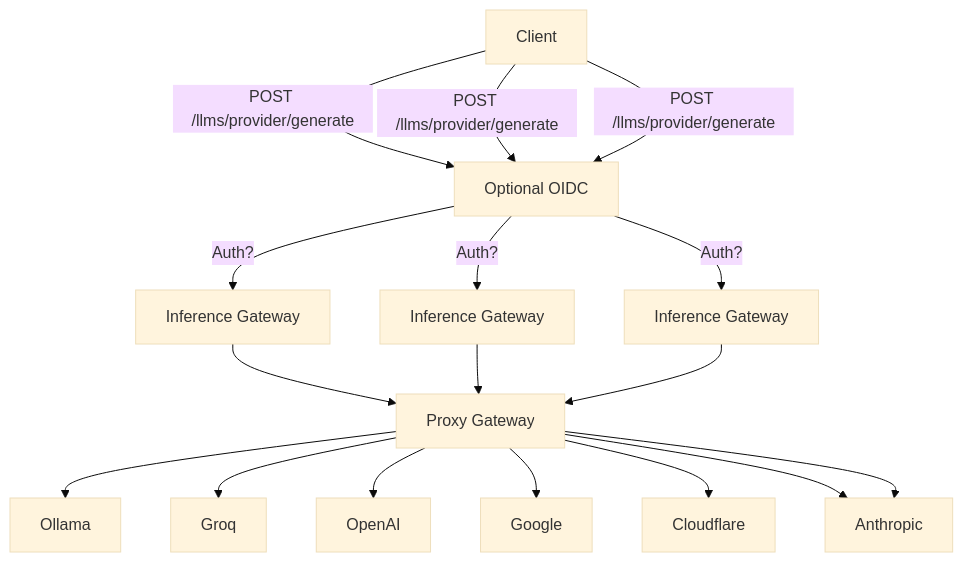
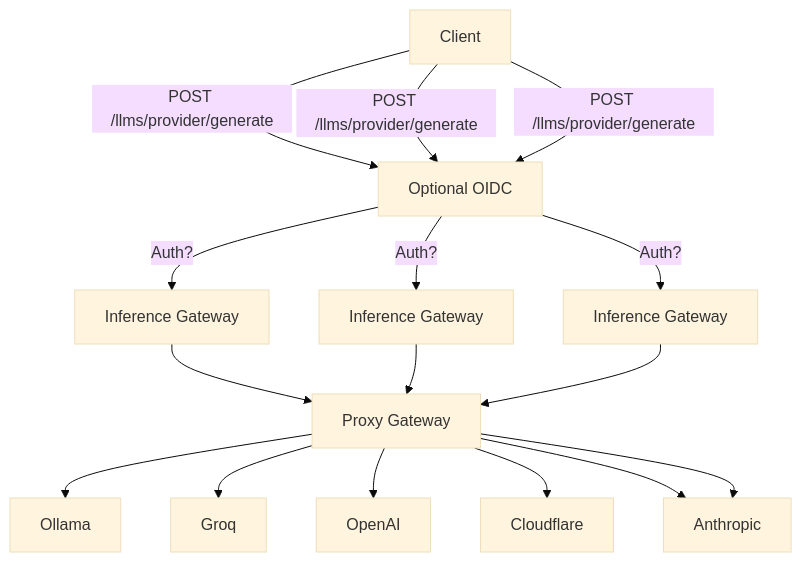
The diagram in README.md (sammcj/inference-gateway), drawn with Mermaid (base theme) before and after one commit. The commit also changed other lines of this file and 33 other files, not shown here.

````diff
--- a/README.md
+++ b/README.md
@@ -52,19 +52,18 @@
 ```mermaid
 graph TD
     A[Client] --> |POST /llms/provider/generate| Auth[Inference Gateway]
     A[Client] --> |POST /llms/provider/generate| Auth[Inference Gateway]
     A[Client] --> |POST /llms/provider/generate| Auth[Inference Gateway]
     Auth[Optional OIDC] --> |Auth?| IG1[Inference Gateway]
     Auth[Optional OIDC] --> |Auth?| IG2[Inference Gateway]
     Auth[Optional OIDC] --> |Auth?| IG3[Inference Gateway]
     IG1 --> P[Proxy Gateway]
     IG2 --> P[Proxy Gateway]
     IG3 --> P[Proxy Gateway]
     P[Proxy Gateway] --> C[Ollama]
     P[Proxy Gateway] --> D[Groq]
     P[Proxy Gateway] --> E[OpenAI]
-    P[Proxy Gateway] --> F[Google]
     P[Proxy Gateway] --> G[Cloudflare]
     P[Proxy Gateway] --> H[Cohere]
     P[Proxy Gateway] --> H[Anthropic]
 ```
````
